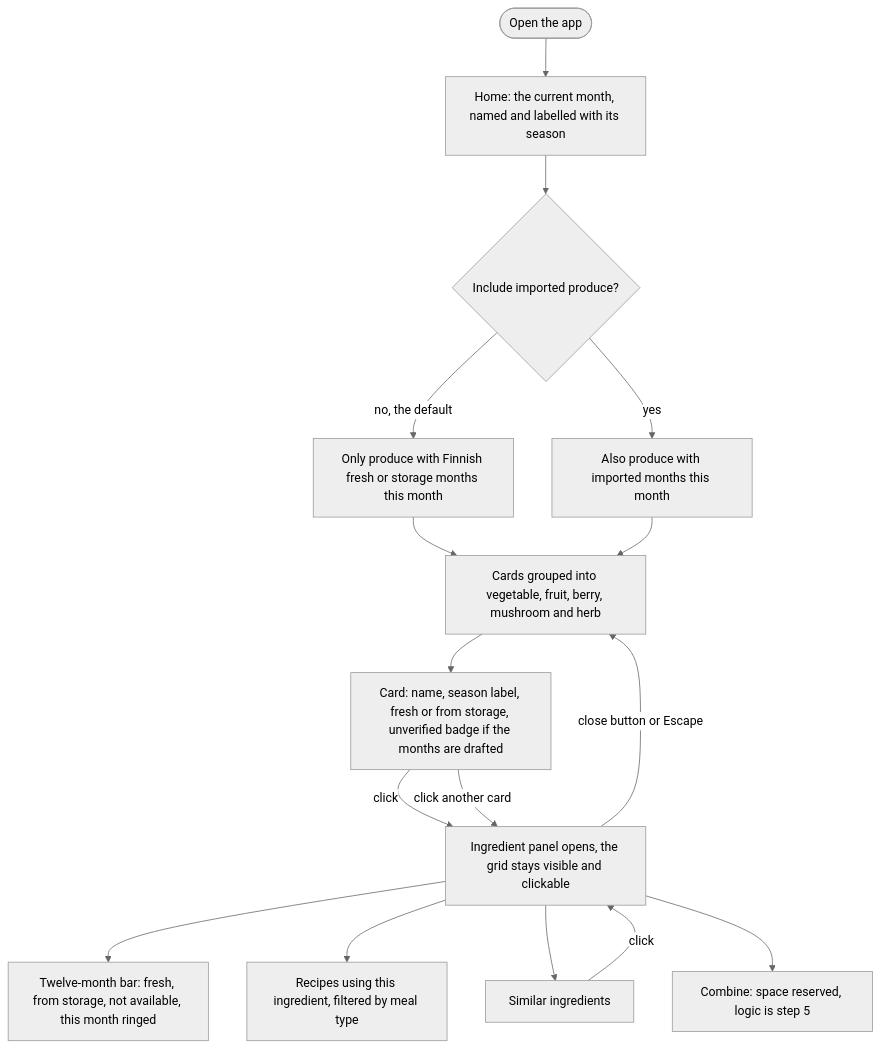
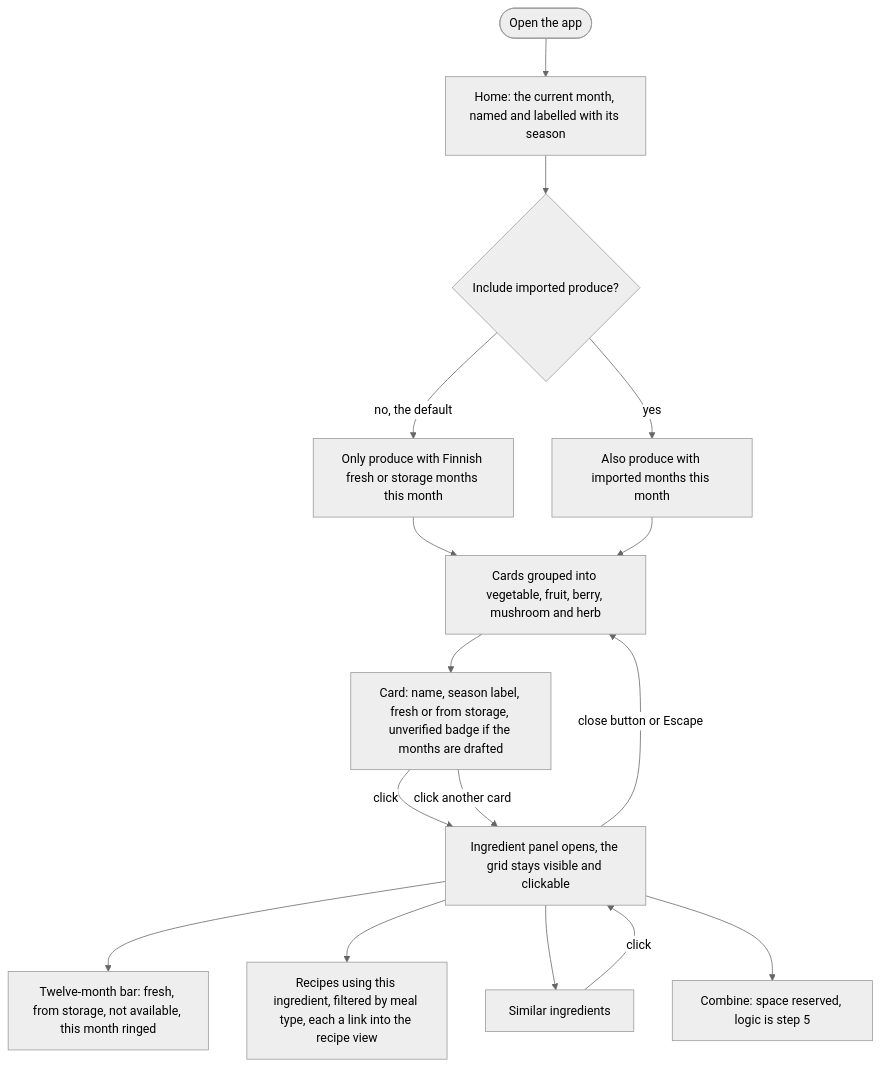
The second of 5 diagrams in docs/FLOWS.md (tiakangaspunta/eat-seasonal-app), drawn with Mermaid (neutral theme) before and after one commit. The commit also changed other lines of this file and 28 other files, not shown here.

First line of the commit message:
Add the recipe view, recipe panel, and in-season marking (step 2, part 1)

````diff
--- a/docs/FLOWS.md
+++ b/docs/FLOWS.md
@@ -11,20 +34,20 @@
 ```mermaid
 flowchart TD
     open([Open the app]) --> home["Home: the current month, named and labelled with its season"]
     home --> filter{"Include imported produce?"}
     filter -->|"no, the default"| domestic["Only produce with Finnish fresh or storage months this month"]
     filter -->|"yes"| both["Also produce with imported months this month"]
     domestic --> grid["Cards grouped into vegetable, fruit, berry, mushroom and herb"]
     both --> grid
     grid --> card["Card: name, season label, fresh or from storage, unverified badge if the months are drafted"]
     card -->|"click"| panel["Ingredient panel opens, the grid stays visible and clickable"]
 
     panel --> months["Twelve-month bar: fresh, from storage, not available, this month ringed"]
-    panel --> recipes["Recipes using this ingredient, filtered by meal type"]
+    panel --> recipes["Recipes using this ingredient, filtered by meal type, each a link into the recipe view"]
     panel --> similar["Similar ingredients"]
     panel --> combine["Combine: space reserved, logic is step 5"]
 
     similar -->|"click"| panel
     card -->|"click another card"| panel
     panel -->|"close button or Escape"| grid
 ```
````
